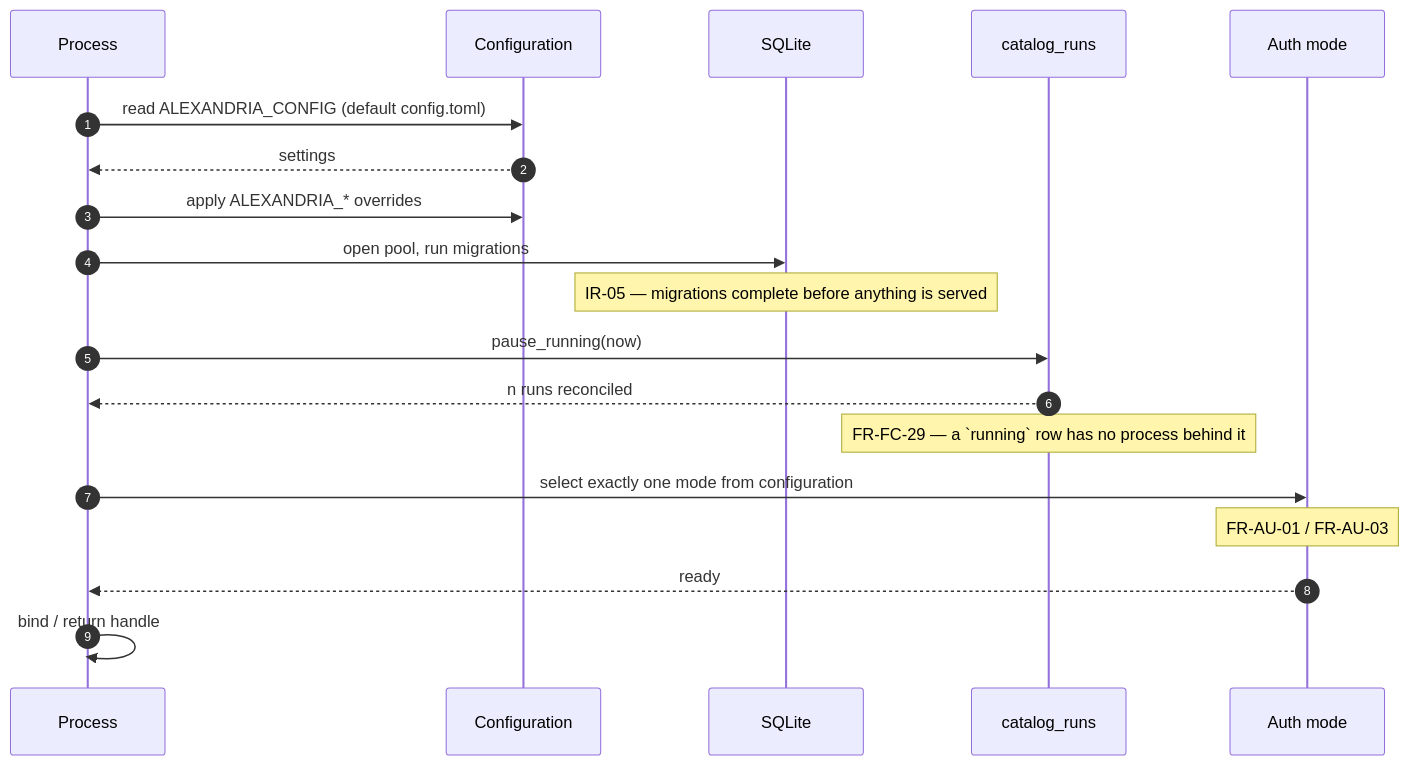
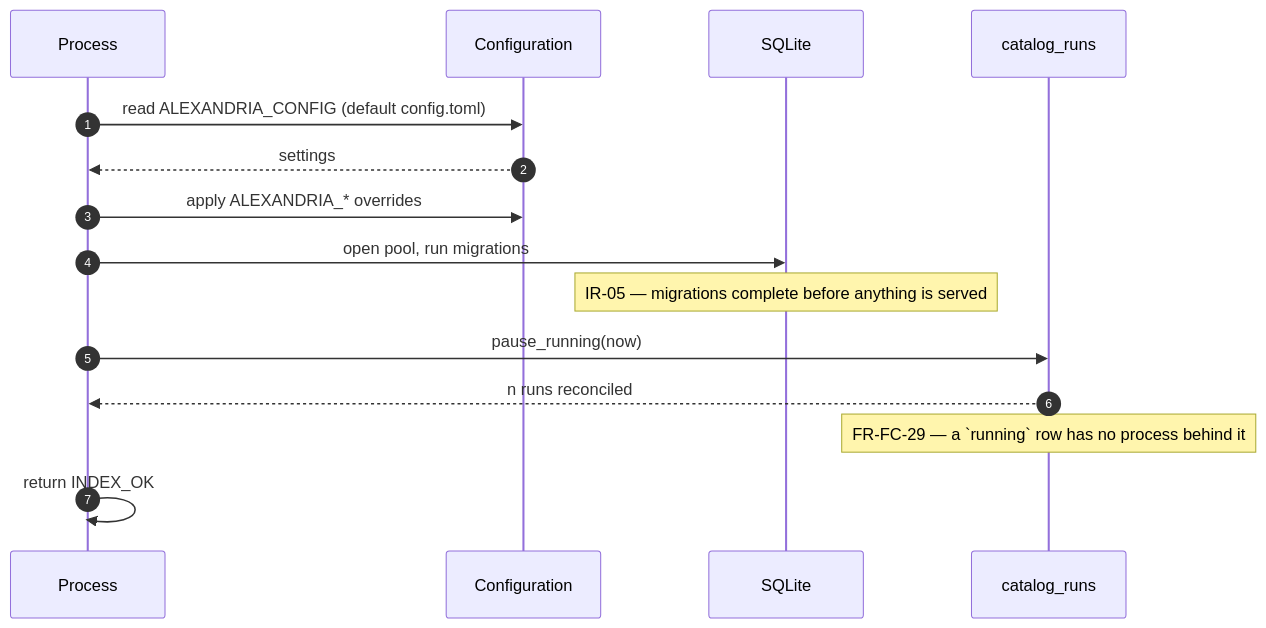
The second of 10 diagrams in docs/System Behavior Document.md (artur-rios/alexandria-api), drawn with Mermaid before and after one commit. The commit also changed other lines of this file and 15 other files, not shown here.

````diff
--- a/docs/System Behavior Document.md
+++ b/docs/System Behavior Document.md
@@ -101,22 +90,18 @@
 ```mermaid
 sequenceDiagram
     autonumber
     participant P as Process
     participant C as Configuration
     participant DB as SQLite
     participant R as catalog_runs
-    participant A as Auth mode
 
     P->>C: read ALEXANDRIA_CONFIG (default config.toml)
     C-->>P: settings
     P->>C: apply ALEXANDRIA_* overrides
     P->>DB: open pool, run migrations
     Note over DB: IR-05 — migrations complete before anything is served
     P->>R: pause_running(now)
     R-->>P: n runs reconciled
     Note over R: FR-FC-29 — a `running` row has no process behind it
-    P->>A: select exactly one mode from configuration
-    Note over A: FR-AU-01 / FR-AU-03
-    A-->>P: ready
-    P->>P: bind / return handle
+    P->>P: return INDEX_OK
 ```
````
